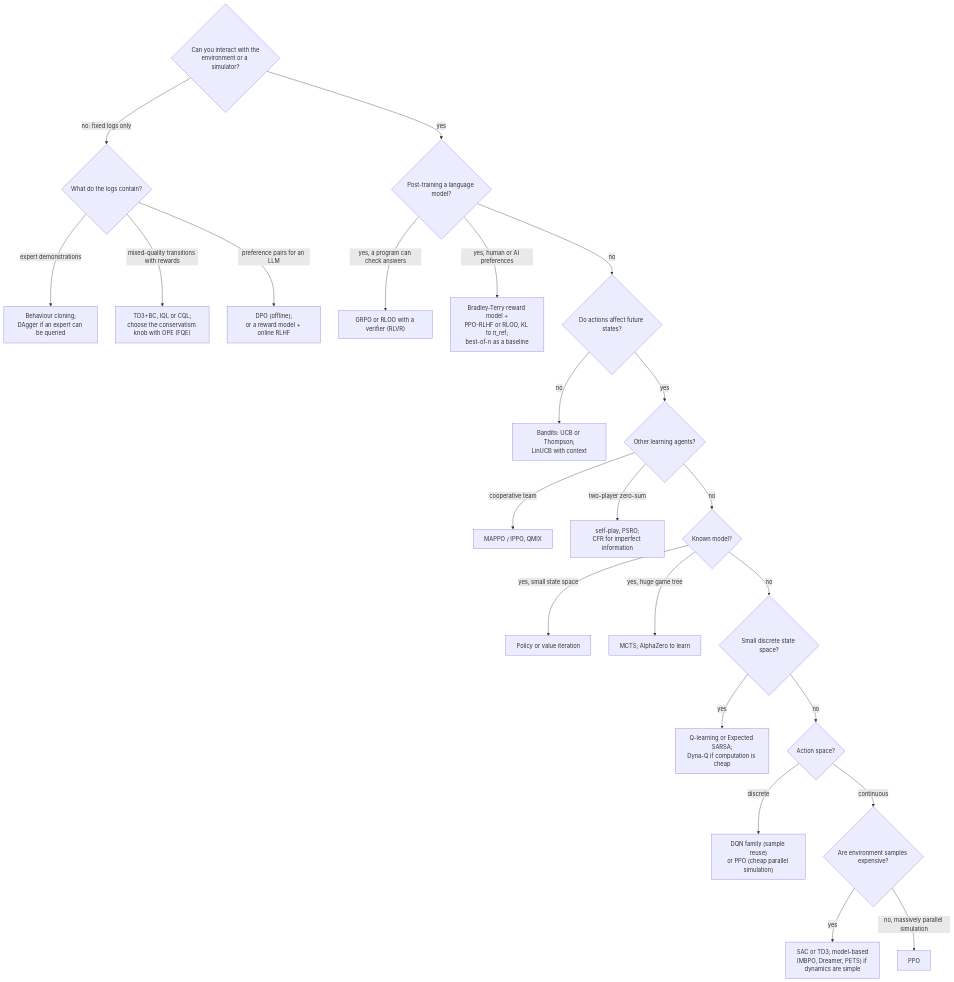
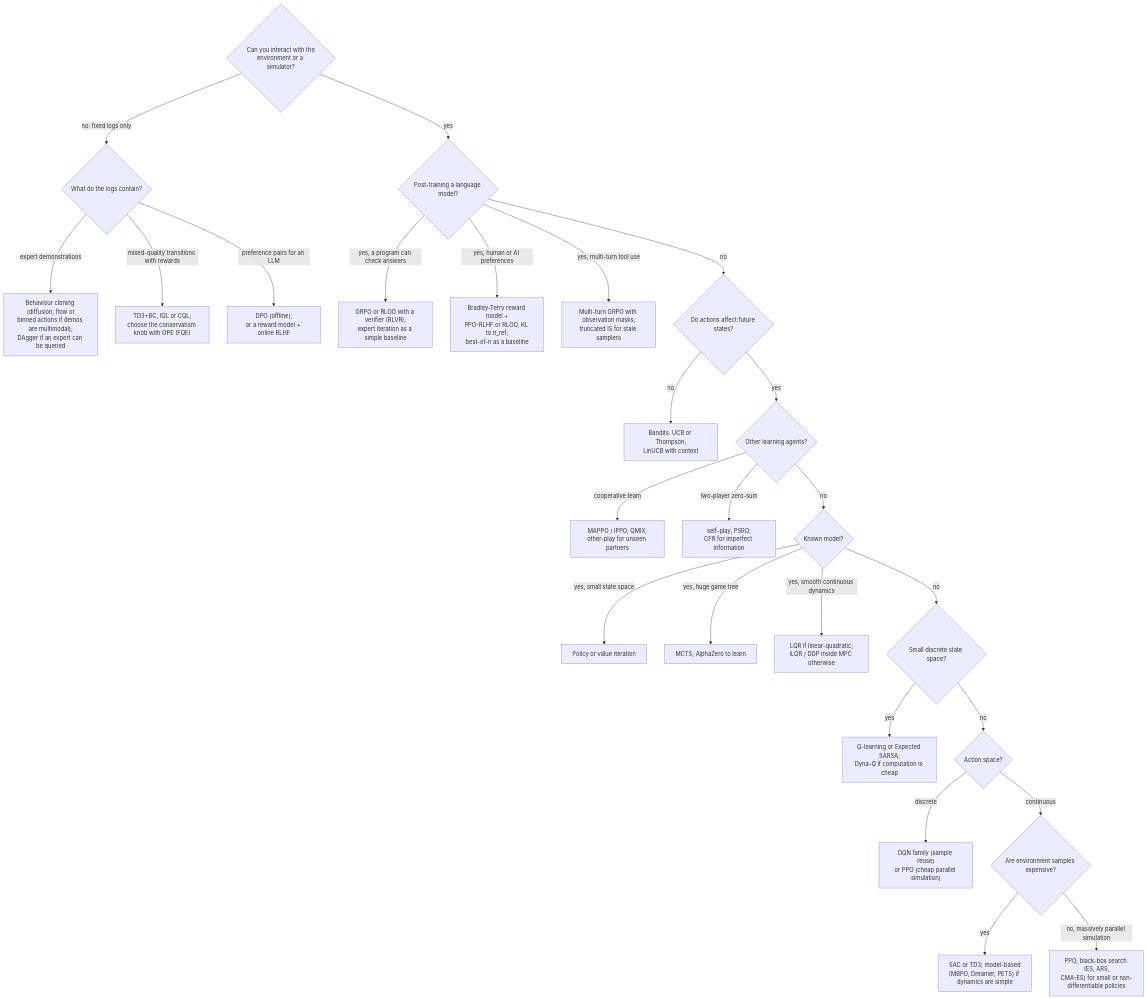
One commit to dasimoni/RL changed the second of 2 diagrams in CHEATSHEET.md. Above: the diagram before and after it, drawn with Mermaid. The commit also changed other lines of this file and 11 other files, not shown here.

````diff
--- a/CHEATSHEET.md
+++ b/CHEATSHEET.md
@@ -398,26 +508,28 @@
 ```mermaid
 flowchart TD
     A{"Can you interact with the<br/>environment or a simulator?"}
     A -->|"no: fixed logs only"| B{"What do the logs contain?"}
-    B -->|"expert demonstrations"| B1["Behaviour cloning;<br/>DAgger if an expert can be queried"]
+    B -->|"expert demonstrations"| B1["Behaviour cloning (diffusion, flow or<br/>binned actions if demos are multimodal);<br/>DAgger if an expert can be queried"]
     B -->|"mixed-quality transitions with rewards"| B2["TD3+BC, IQL or CQL;<br/>choose the conservatism knob with OPE (FQE)"]
     B -->|"preference pairs for an LLM"| B3["DPO (offline);<br/>or a reward model + online RLHF"]
     A -->|"yes"| C{"Post-training a language model?"}
-    C -->|"yes, a program can check answers"| C1["GRPO or RLOO with a verifier (RLVR)"]
+    C -->|"yes, a program can check answers"| C1["GRPO or RLOO with a verifier (RLVR);<br/>expert iteration as a simple baseline"]
     C -->|"yes, human or AI preferences"| C2["Bradley-Terry reward model +<br/>PPO-RLHF or RLOO, KL to π_ref;<br/>best-of-n as a baseline"]
+    C -->|"yes, multi-turn tool use"| C3["Multi-turn GRPO with observation masks;<br/>truncated IS for stale samplers"]
     C -->|"no"| D{"Do actions affect future states?"}
     D -->|"no"| D1["Bandits: UCB or Thompson;<br/>LinUCB with context"]
     D -->|"yes"| E{"Other learning agents?"}
-    E -->|"cooperative team"| E1["MAPPO / IPPO, QMIX"]
+    E -->|"cooperative team"| E1["MAPPO / IPPO, QMIX;<br/>other-play for unseen partners"]
     E -->|"two-player zero-sum"| E2["self-play, PSRO;<br/>CFR for imperfect information"]
     E -->|"no"| F{"Known model?"}
     F -->|"yes, small state space"| F1["Policy or value iteration"]
     F -->|"yes, huge game tree"| F2["MCTS; AlphaZero to learn"]
+    F -->|"yes, smooth continuous dynamics"| F3["LQR if linear-quadratic;<br/>iLQR / DDP inside MPC otherwise"]
     F -->|"no"| G{"Small discrete state space?"}
     G -->|"yes"| G1["Q-learning or Expected SARSA;<br/>Dyna-Q if computation is cheap"]
     G -->|"no"| H{"Action space?"}
     H -->|"discrete"| H1["DQN family (sample reuse)<br/>or PPO (cheap parallel simulation)"]
     H -->|"continuous"| I{"Are environment samples expensive?"}
     I -->|"yes"| I1["SAC or TD3; model-based<br/>(MBPO, Dreamer, PETS) if dynamics are simple"]
-    I -->|"no, massively parallel simulation"| I2["PPO"]
+    I -->|"no, massively parallel simulation"| I2["PPO; black-box search (ES, ARS,<br/>CMA-ES) for small or non-differentiable policies"]
 ```
````
